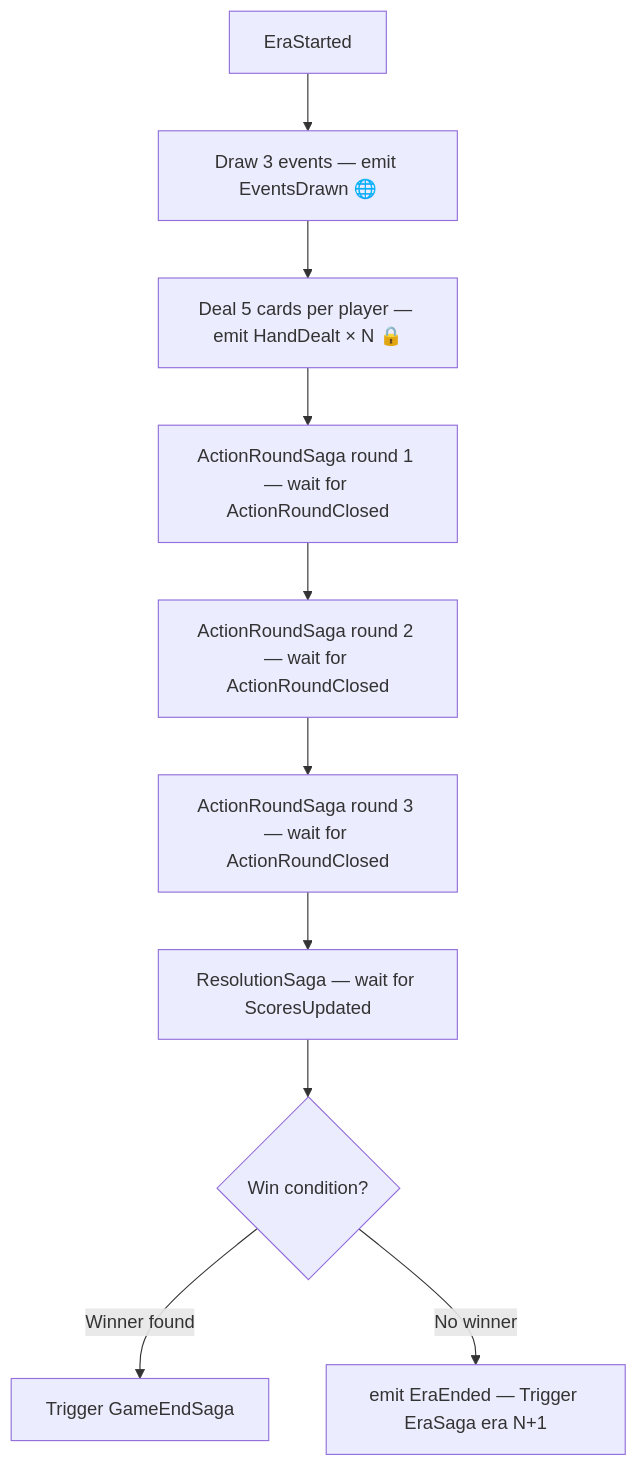
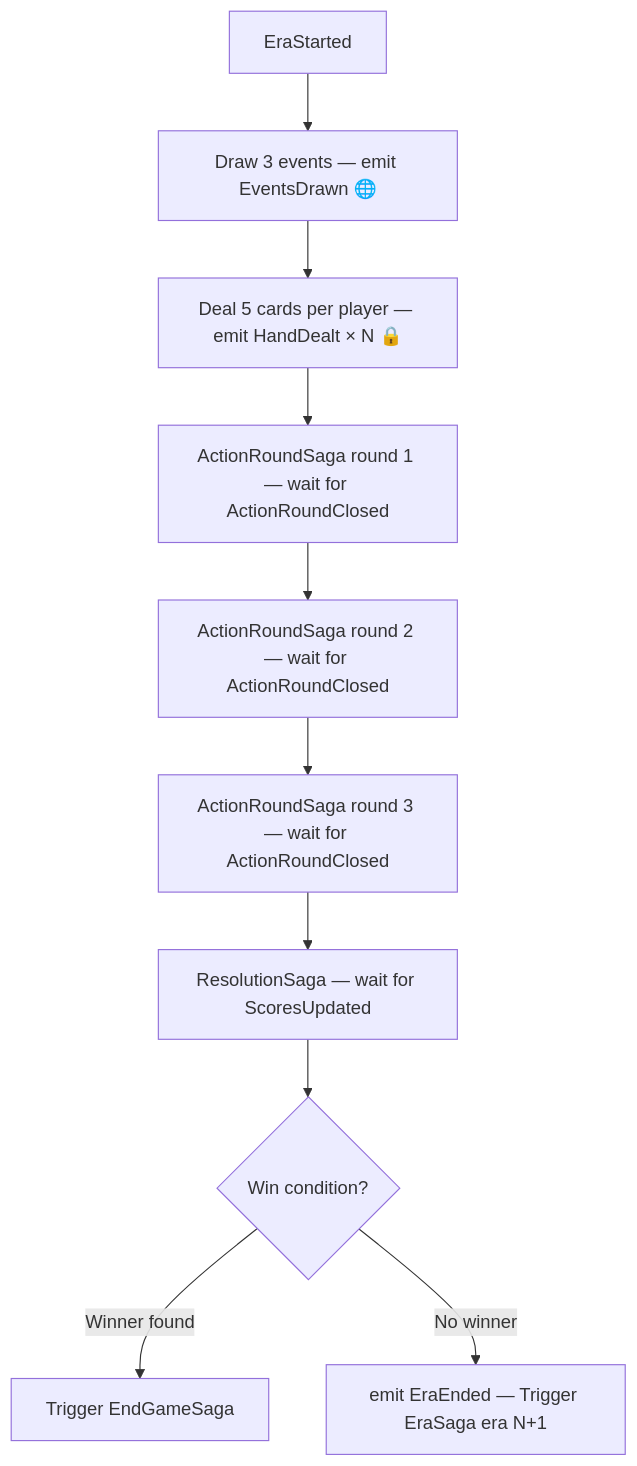
Before and after one commit to temporal-rift/docs: the diagram in sagas/era.mdx, drawn with Mermaid. The commit also changed 16 other files, not shown here.

````diff
--- a/sagas/era.mdx
+++ b/sagas/era.mdx
@@ -12,12 +12,12 @@
 ```mermaid
 flowchart TD
   A[EraStarted] --> B[Draw 3 events — emit EventsDrawn 🌐]
   B --> C[Deal 5 cards per player — emit HandDealt × N 🔒]
   C --> D[ActionRoundSaga round 1 — wait for ActionRoundClosed]
   D --> E[ActionRoundSaga round 2 — wait for ActionRoundClosed]
   E --> F[ActionRoundSaga round 3 — wait for ActionRoundClosed]
   F --> G[ResolutionSaga — wait for ScoresUpdated]
   G --> H{Win condition?}
-  H -->|Winner found| I[Trigger GameEndSaga]
+  H -->|Winner found| I[Trigger EndGameSaga]
   H -->|No winner| J[emit EraEnded — Trigger EraSaga era N+1]
 ```
````
